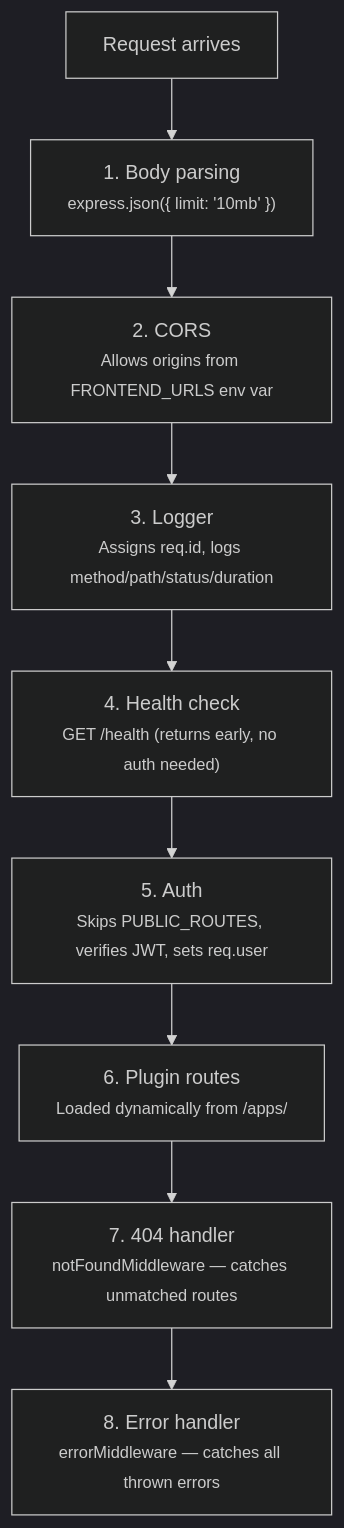
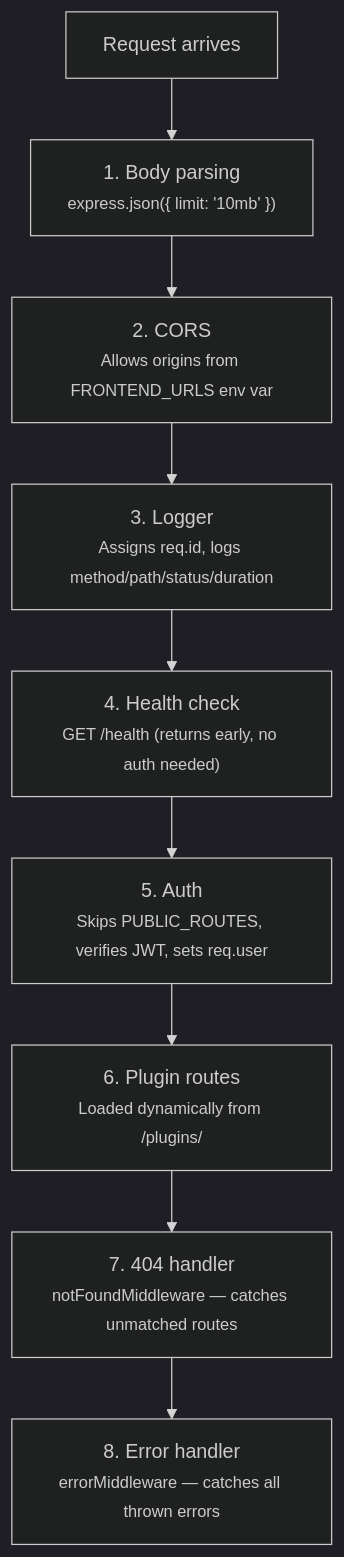
Before and after one commit to NITRR-Official/CampusOS: the second of 2 diagrams in docs/architecture/BACKEND.md, drawn with Mermaid (dark theme). The commit also changed other lines of this file and 16 other files, not shown here.

````diff
--- a/docs/architecture/BACKEND.md
+++ b/docs/architecture/BACKEND.md
@@ -55,11 +55,11 @@
 ```mermaid
 flowchart TD
     Req["Request arrives"] --> M1["1. Body parsing<br/><small>express.json({ limit: '10mb' })</small>"]
     M1 --> M2["2. CORS<br/><small>Allows origins from FRONTEND_URLS env var</small>"]
     M2 --> M3["3. Logger<br/><small>Assigns req.id, logs method/path/status/duration</small>"]
     M3 --> M4["4. Health check<br/><small>GET /health (returns early, no auth needed)</small>"]
     M4 --> M5["5. Auth<br/><small>Skips PUBLIC_ROUTES, verifies JWT, sets req.user</small>"]
-    M5 --> M6["6. Plugin routes<br/><small>Loaded dynamically from /apps/</small>"]
+    M5 --> M6["6. Plugin routes<br/><small>Loaded dynamically from /plugins/</small>"]
     M6 --> M7["7. 404 handler<br/><small>notFoundMiddleware — catches unmatched routes</small>"]
     M7 --> M8["8. Error handler<br/><small>errorMiddleware — catches all thrown errors</small>"]
 ```
````
